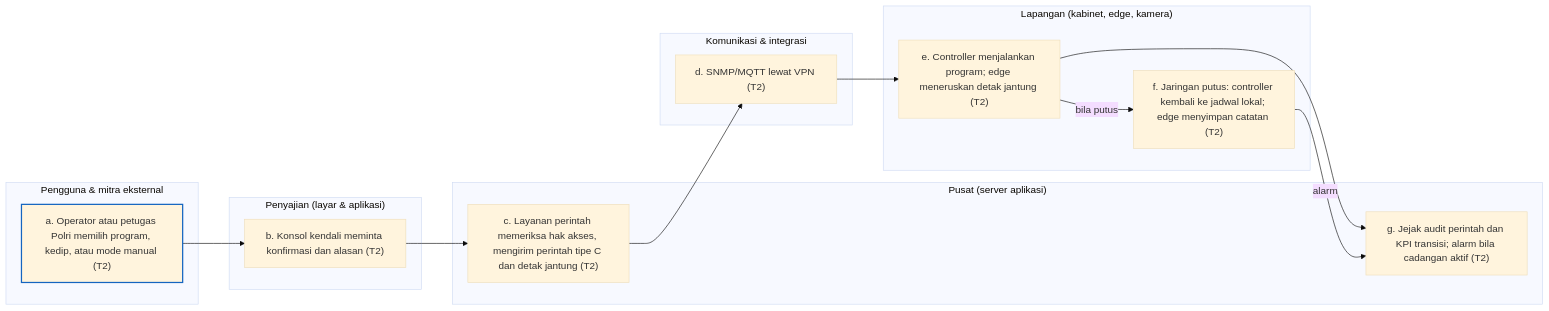
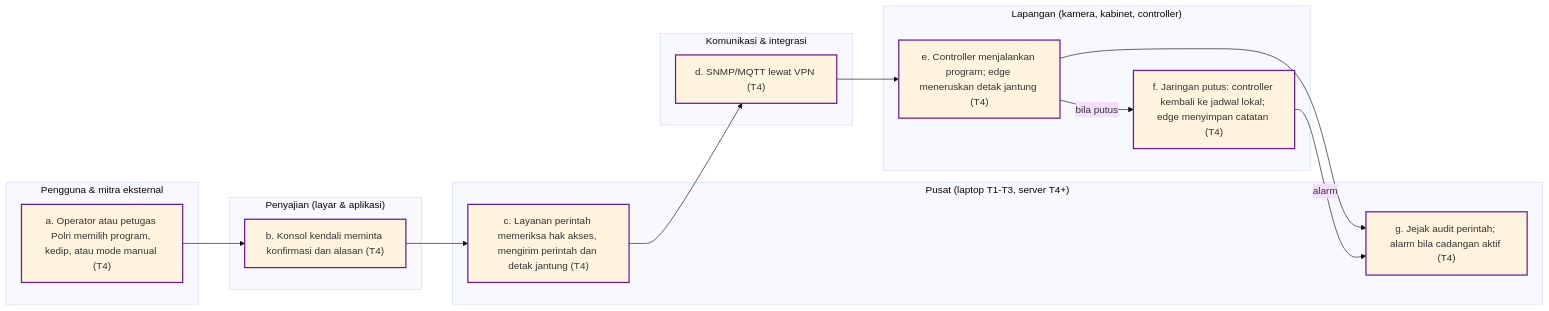
Before and after one commit to lionateofhaidar/irama-project: the third of 12 diagrams in docs/planning/diagram/_bagian_diagram.md, drawn with Mermaid (base theme). The commit also changed other lines of this file and 75 other files, not shown here.

First line of the commit message:
Revisi fokus T2 Vision Tracker dan Optimasi Simpang; dokumen 14 sampai 16; diagram dirutekan ulang

````diff
--- a/docs/planning/diagram/_bagian_diagram.md
+++ b/docs/planning/diagram/_bagian_diagram.md
@@ -141,28 +154,29 @@
 ```mermaid
 flowchart LR
   subgraph P["Pengguna & mitra eksternal"]
-    F03a["a. Operator atau petugas Polri memilih program, kedip, atau mode manual (T2)"]
+    F03a["a. Operator atau petugas Polri memilih program, kedip, atau mode manual (T4)"]
   end
   subgraph U["Penyajian (layar & aplikasi)"]
-    F03b["b. Konsol kendali meminta konfirmasi dan alasan (T2)"]
+    F03b["b. Konsol kendali meminta konfirmasi dan alasan (T4)"]
   end
-  subgraph S["Pusat (server aplikasi)"]
-    F03c["c. Layanan perintah memeriksa hak akses, mengirim perintah tipe C dan detak jantung (T2)"]
-    F03g["g. Jejak audit perintah dan KPI transisi; alarm bila cadangan aktif (T2)"]
+  subgraph S["Pusat (laptop T1-T3, server T4+)"]
+    F03c["c. Layanan perintah memeriksa hak akses, mengirim perintah dan detak jantung (T4)"]
+    F03g["g. Jejak audit perintah; alarm bila cadangan aktif (T4)"]
   end
   subgraph K["Komunikasi & integrasi"]
-    F03d["d. SNMP/MQTT lewat VPN (T2)"]
+    F03d["d. SNMP/MQTT lewat VPN (T4)"]
   end
-  subgraph L["Lapangan (kabinet, edge, kamera)"]
-    F03e["e. Controller menjalankan program; edge meneruskan detak jantung (T2)"]
-    F03f["f. Jaringan putus: controller kembali ke jadwal lokal; edge menyimpan catatan (T2)"]
+  subgraph L["Lapangan (kamera, kabinet, controller)"]
+    F03e["e. Controller menjalankan program; edge meneruskan detak jantung (T4)"]
+    F03f["f. Jaringan putus: controller kembali ke jadwal lokal; edge menyimpan catatan (T4)"]
   end
   F03a --> F03b
   F03b --> F03c
   F03c --> F03d
   F03d --> F03e
   F03e -->|bila putus| F03f
   F03e --> F03g
   F03f -->|alarm| F03g
-  style F03a stroke:#1565C0,stroke-width:2px
+  classDef t4 stroke:#6A1B9A,stroke-width:2px
+  class F03a,F03b,F03c,F03d,F03e,F03f,F03g t4
 ```
````
